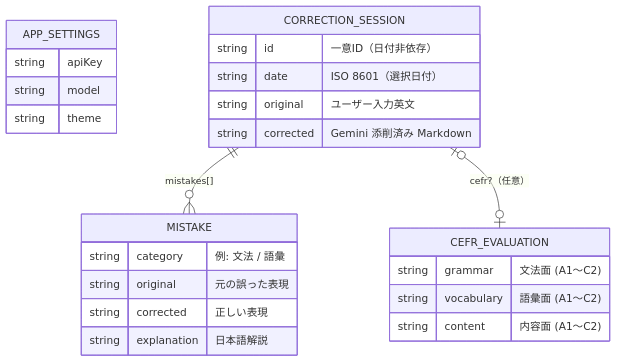
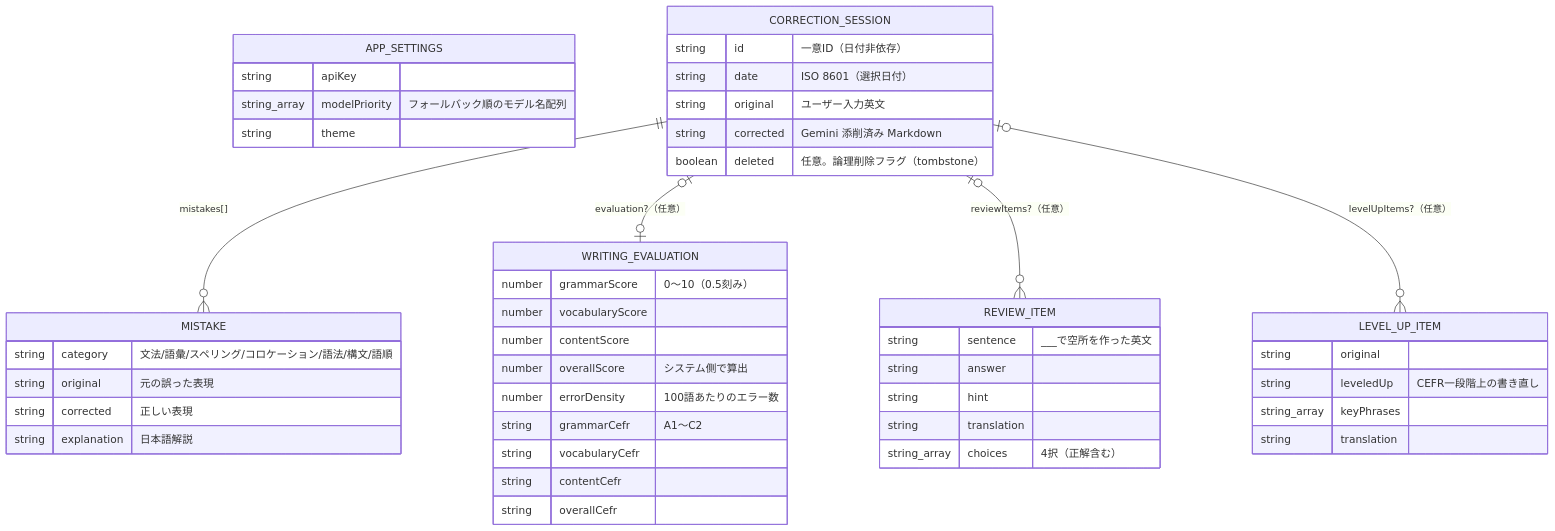
One commit to rmatsuo-jp/eibun-lab changed the seventh of 10 diagrams in ARCHITECTURE.md. Above: the diagram before and after it, drawn with Mermaid. The commit also changed other lines of this file, not shown here.

First line of the commit message:
docs: ARCHITECTURE.mdを現状の構成に合わせて全面更新

````diff
--- a/ARCHITECTURE.md
+++ b/ARCHITECTURE.md
@@ -81,31 +201,55 @@
 ```mermaid
 erDiagram
     APP_SETTINGS {
         string apiKey
-        string model
+        string_array modelPriority "フォールバック順のモデル名配列"
         string theme
     }
 
     CORRECTION_SESSION {
         string id "一意ID（日付非依存）"
         string date "ISO 8601（選択日付）"
         string original "ユーザー入力英文"
         string corrected "Gemini 添削済み Markdown"
+        boolean deleted "任意。論理削除フラグ（tombstone）"
     }
 
     MISTAKE {
-        string category "例: 文法 / 語彙"
+        string category "文法/語彙/スペリング/コロケーション/語法/構文/語順"
         string original "元の誤った表現"
         string corrected "正しい表現"
         string explanation "日本語解説"
     }
 
-    CEFR_EVALUATION {
-        string grammar "文法面 (A1〜C2)"
-        string vocabulary "語彙面 (A1〜C2)"
-        string content "内容面 (A1〜C2)"
+    WRITING_EVALUATION {
+        number grammarScore "0〜10（0.5刻み）"
+        number vocabularyScore
+        number contentScore
+        number overallScore "システム側で算出"
+        number errorDensity "100語あたりのエラー数"
+        string grammarCefr "A1〜C2"
+        string vocabularyCefr
+        string contentCefr
+        string overallCefr
+    }
+
+    REVIEW_ITEM {
+        string sentence "___で空所を作った英文"
+        string answer
+        string hint
+        string translation
+        string_array choices "4択（正解含む）"
+    }
+
+    LEVEL_UP_ITEM {
+        string original
+        string leveledUp "CEFR一段階上の書き直し"
+        string_array keyPhrases
+        string translation
     }
 
     CORRECTION_SESSION ||--o{ MISTAKE : "mistakes[]"
-    CORRECTION_SESSION |o--o| CEFR_EVALUATION : "cefr?（任意）"
+    CORRECTION_SESSION |o--o| WRITING_EVALUATION : "evaluation?（任意）"
+    CORRECTION_SESSION |o--o{ REVIEW_ITEM : "reviewItems?（任意）"
+    CORRECTION_SESSION |o--o{ LEVEL_UP_ITEM : "levelUpItems?（任意）"
 ```
````
